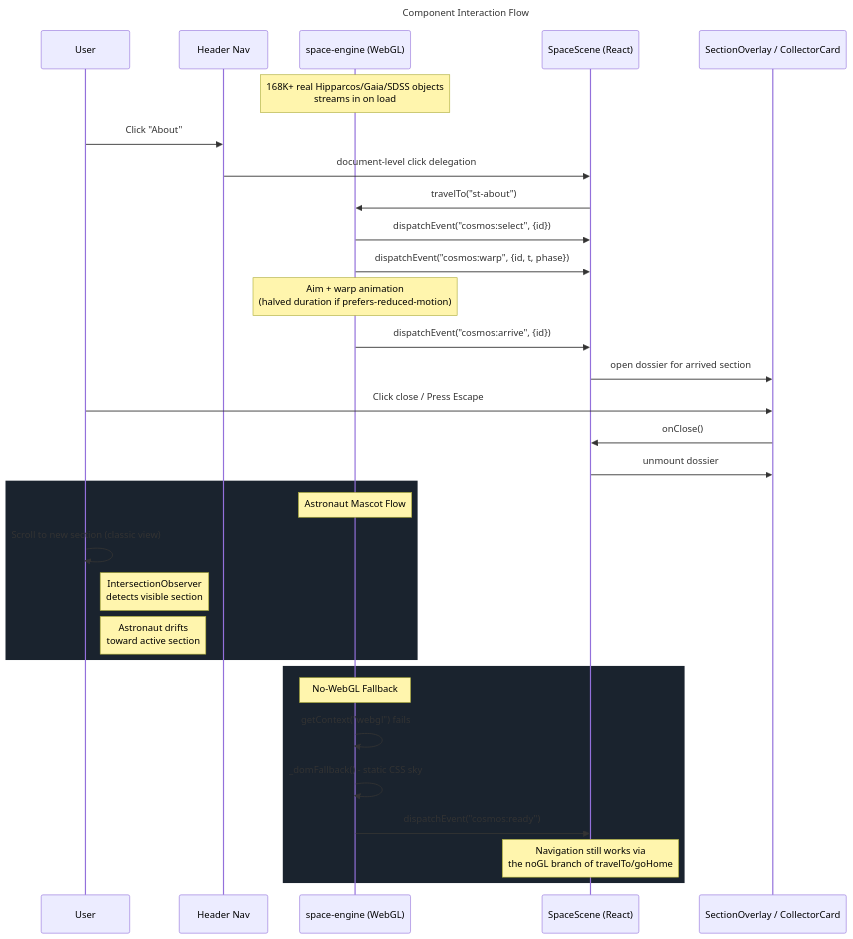
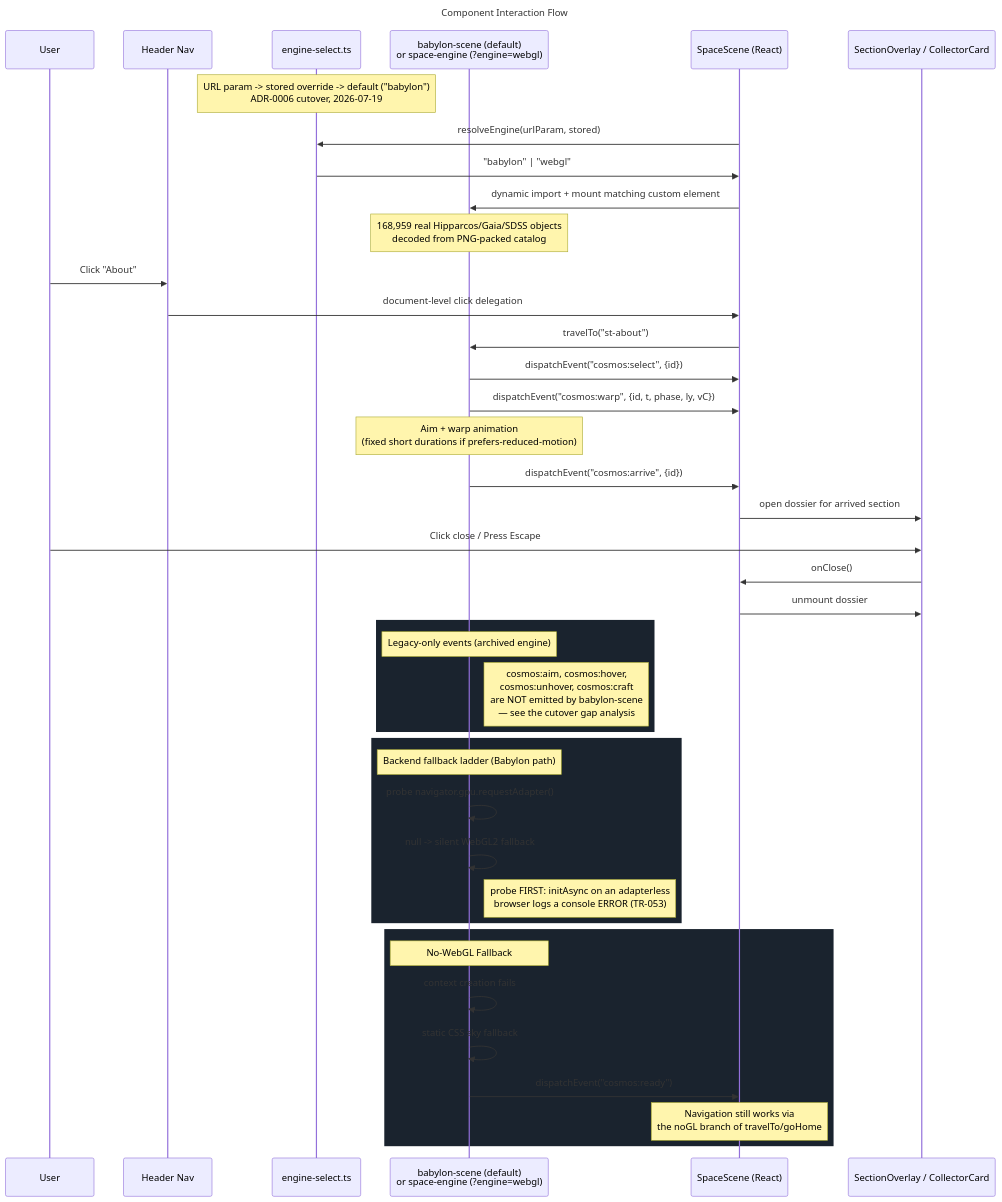
One commit to ishan-caicias/ishanjain_portfolio changed the diagram in docs/architecture/diagrams/component-flow.mmd. Above: the diagram before and after it, drawn with Mermaid. The commit also changed 22 other files, not shown here.

Commit message:
Update - Engine upgrade gap analysis and docs

```diff
--- a/docs/architecture/diagrams/component-flow.mmd
+++ b/docs/architecture/diagrams/component-flow.mmd
@@ -1,39 +1,50 @@
 ---
 title: Component Interaction Flow
 ---
 sequenceDiagram
     participant User
     participant Header as Header Nav
-    participant Engine as space-engine (WebGL)
+    participant Select as engine-select.ts
+    participant Engine as babylon-scene (default)<br/>or space-engine (?engine=webgl)
     participant Scene as SpaceScene (React)
     participant Overlay as SectionOverlay / CollectorCard
 
-    Note over Engine: 168K+ real Hipparcos/Gaia/SDSS objects<br/>streams in on load
+    Note over Select: URL param -> stored override -> default ("babylon")<br/>ADR-0006 cutover, 2026-07-19
+
+    Scene->>Select: resolveEngine(urlParam, stored)
+    Select->>Scene: "babylon" | "webgl"
+    Scene->>Engine: dynamic import + mount matching custom element
+    Note over Engine: 168,959 real Hipparcos/Gaia/SDSS objects<br/>decoded from PNG-packed catalog
 
     User->>Header: Click "About"
     Header->>Scene: document-level click delegation
     Scene->>Engine: travelTo("st-about")
     Engine->>Scene: dispatchEvent("cosmos:select", {id})
-    Engine->>Scene: dispatchEvent("cosmos:warp", {id, t, phase})
-    Note over Engine: Aim + warp animation<br/>(halved duration if prefers-reduced-motion)
+    Engine->>Scene: dispatchEvent("cosmos:warp", {id, t, phase, ly, vC})
+    Note over Engine: Aim + warp animation<br/>(fixed short durations if prefers-reduced-motion)
     Engine->>Scene: dispatchEvent("cosmos:arrive", {id})
     Scene->>Overlay: open dossier for arrived section
 
     User->>Overlay: Click close / Press Escape
     Overlay->>Scene: onClose()
     Scene->>Overlay: unmount dossier
 
     rect rgb(26,35,46)
-        Note over Engine: Astronaut Mascot Flow
-        User->>User: Scroll to new section (classic view)
-        Note right of User: IntersectionObserver<br/>detects visible section
-        Note right of User: Astronaut drifts<br/>toward active section
+        Note over Engine: Legacy-only events (archived engine)
+        Note right of Engine: cosmos:aim, cosmos:hover,<br/>cosmos:unhover, cosmos:craft<br/>are NOT emitted by babylon-scene<br/>— see the cutover gap analysis
+    end
+
+    rect rgb(26,35,46)
+        Note over Engine: Backend fallback ladder (Babylon path)
+        Engine->>Engine: probe navigator.gpu.requestAdapter()
+        Engine->>Engine: null -> silent WebGL2 fallback
+        Note right of Engine: probe FIRST: initAsync on an adapterless<br/>browser logs a console ERROR (TR-053)
     end
 
     rect rgb(26,35,46)
         Note over Engine: No-WebGL Fallback
-        Engine->>Engine: getContext("webgl") fails
-        Engine->>Engine: _domFallback() - static CSS sky
+        Engine->>Engine: context creation fails
+        Engine->>Engine: static CSS sky fallback
         Engine->>Scene: dispatchEvent("cosmos:ready")
         Note over Scene: Navigation still works via<br/>the noGL branch of travelTo/goHome
     end
```
